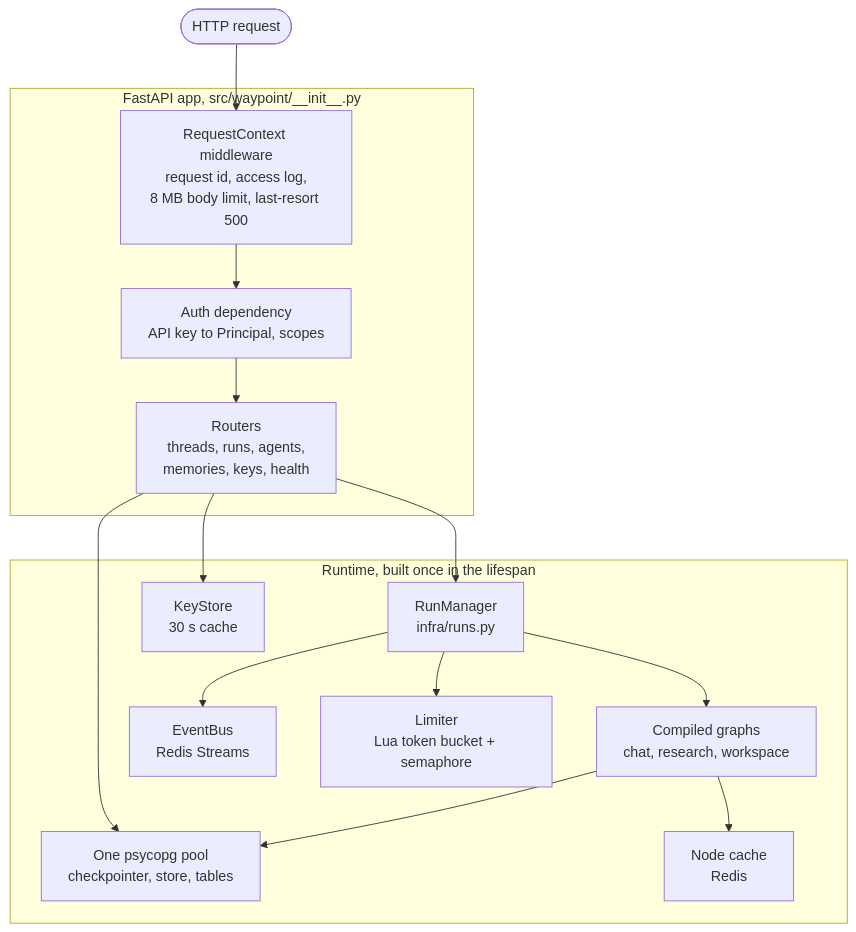
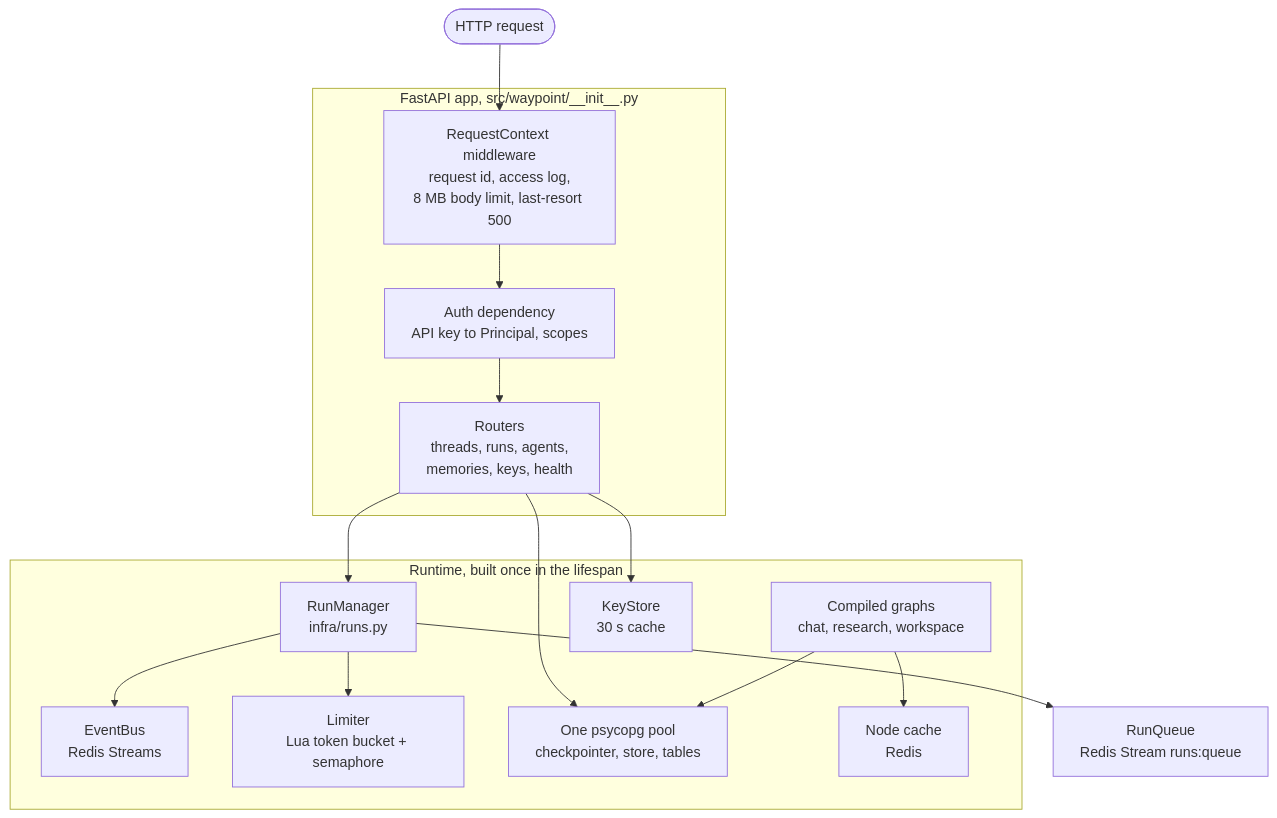
Before and after one commit to brentdunham/waypoint: the third of 4 diagrams in docs/guide/01-overview.md, drawn with Mermaid. The commit also changed other lines of this file and 29 other files, not shown here.

First line of the commit message:
Queue runs and drive them in a worker service (queue.md phase 1)

````diff
--- a/docs/guide/01-overview.md
+++ b/docs/guide/01-overview.md
@@ -111,30 +124,30 @@
 ```mermaid
 flowchart TB
     req([HTTP request]) --> mw
 
     subgraph app[FastAPI app, src/waypoint/__init__.py]
         mw[RequestContext middleware<br/>request id, access log,<br/>8 MB body limit, last-resort 500]
         auth[Auth dependency<br/>API key to Principal, scopes]
         routes[Routers<br/>threads, runs, agents,<br/>memories, keys, health]
         mw --> auth --> routes
     end
 
     subgraph rt[Runtime, built once in the lifespan]
         runs[RunManager<br/>infra/runs.py]
         graphs[Compiled graphs<br/>chat, research, workspace]
         bus[EventBus<br/>Redis Streams]
         lim[Limiter<br/>Lua token bucket + semaphore]
         keys[KeyStore<br/>30 s cache]
         db[One psycopg pool<br/>checkpointer, store, tables]
         cache[Node cache<br/>Redis]
     end
 
     routes --> runs
     routes --> keys
     routes --> db
-    runs --> graphs
     runs --> bus
     runs --> lim
+    runs --> queue[RunQueue<br/>Redis Stream runs:queue]
     graphs --> db
     graphs --> cache
 ```
````
